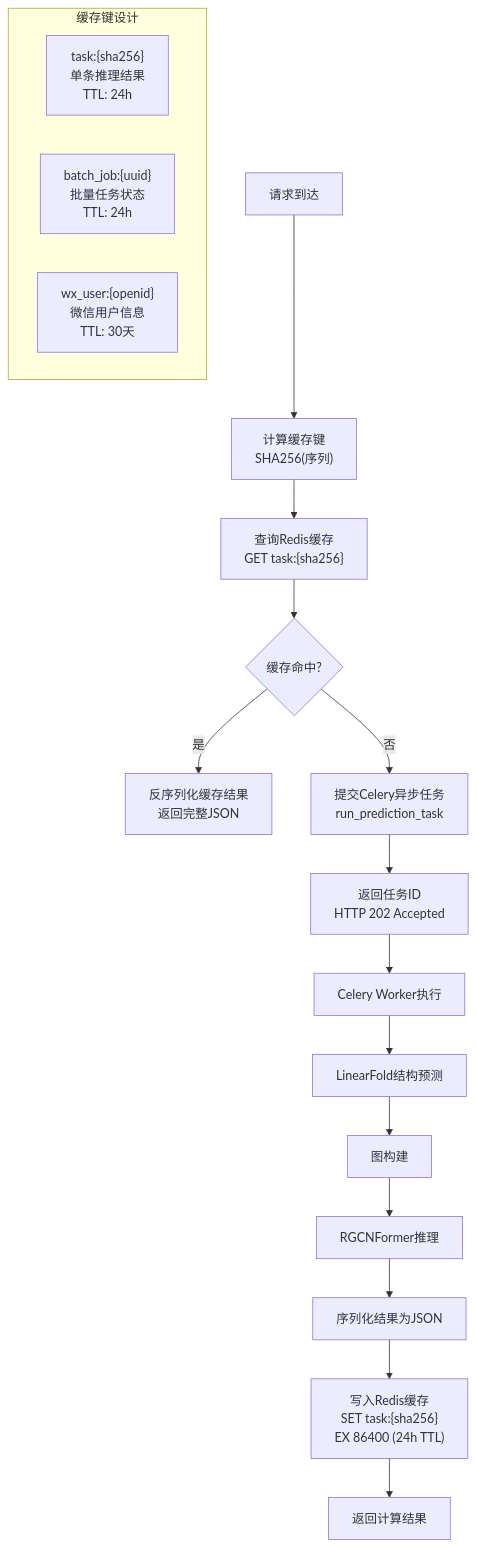
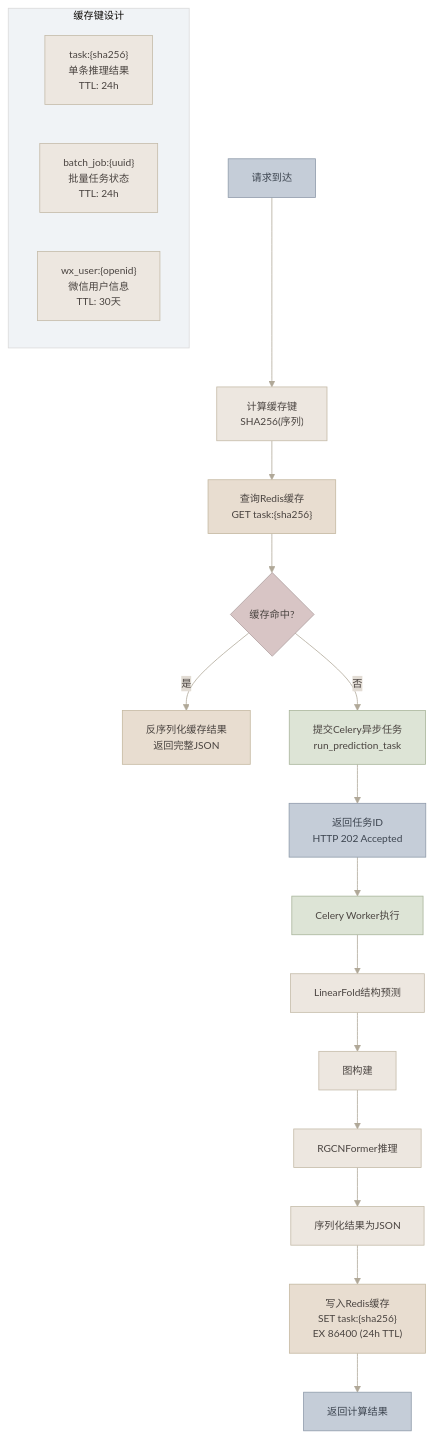
One commit to fdiskdc/RGCNFormer_WebAndWx_backend changed diagram 12 of 19 in md/RMA序列修饰检测可视化系统架构说明文档.md. Above: the diagram before and after it, drawn with Mermaid. The commit also changed other lines of this file, not shown here.

````diff
--- a/md/RMA序列修饰检测可视化系统架构说明文档.md
+++ b/md/RMA序列修饰检测可视化系统架构说明文档.md
@@ -1129,24 +1033,31 @@
 ```mermaid
+%%{init: {'theme': 'base', 'themeVariables': {'primaryColor': '#EDE7E0', 'primaryTextColor': '#4A4440', 'primaryBorderColor': '#C4BAA8', 'lineColor': '#B0A898', 'secondaryColor': '#E2DCD4', 'background': '#F8F5F0', 'fontSize': '13px'}}}%%
 graph TD
-    A["请求到达"] --> B["计算缓存键<br/>SHA256(序列)"]
-    B --> C["查询Redis缓存<br/>GET task:{sha256}"]
+    classDef io fill:#C5CDD8,stroke:#8E9AAA,stroke-width:1px,color:#3D4550
+    classDef process fill:#EDE7E0,stroke:#C4BAA8,stroke-width:1px,color:#4A4440
+    classDef decision fill:#D8C5C5,stroke:#B0A0A0,stroke-width:1px,color:#4A4440
+    classDef build fill:#DDE4D6,stroke:#A8B49A,stroke-width:1px,color:#4A4440
+    classDef cache fill:#E8DDD0,stroke:#C4B8A0,stroke-width:1px,color:#4A4440
 
-    C --> D{"缓存命中?"}
-    D -->|是| E["反序列化缓存结果<br/>返回完整JSON"]
-    D -->|否| F["提交Celery异步任务<br/>run_prediction_task"]
+    A["请求到达"]:::io --> B["计算缓存键<br/>SHA256(序列)"]:::process
+    B --> C["查询Redis缓存<br/>GET task:{sha256}"]:::cache
 
-    F --> G["返回任务ID<br/>HTTP 202 Accepted"]
-    G --> H["Celery Worker执行"]
-    H --> I["LinearFold结构预测"]
-    I --> J["图构建"]
-    J --> K["RGCNFormer推理"]
-    K --> L["序列化结果为JSON"]
-    L --> M["写入Redis缓存<br/>SET task:{sha256}<br/>EX 86400 (24h TTL)"]
-    M --> N["返回计算结果"]
+    C --> D{"缓存命中?"}:::decision
+    D -->|是| E["反序列化缓存结果<br/>返回完整JSON"]:::cache
+    D -->|否| F["提交Celery异步任务<br/>run_prediction_task"]:::build
+
+    F --> G["返回任务ID<br/>HTTP 202 Accepted"]:::io
+    G --> H["Celery Worker执行"]:::build
+    H --> I["LinearFold结构预测"]:::process
+    I --> J["图构建"]:::process
+    J --> K["RGCNFormer推理"]:::process
+    K --> L["序列化结果为JSON"]:::process
+    L --> M["写入Redis缓存<br/>SET task:{sha256}<br/>EX 86400 (24h TTL)"]:::cache
+    M --> N["返回计算结果"]:::io
 
     subgraph 缓存键设计
         K1["task:{sha256}<br/>单条推理结果<br/>TTL: 24h"]
         K2["batch_job:{uuid}<br/>批量任务状态<br/>TTL: 24h"]
         K3["wx_user:{openid}<br/>微信用户信息<br/>TTL: 30天"]
     end
 ```
````
